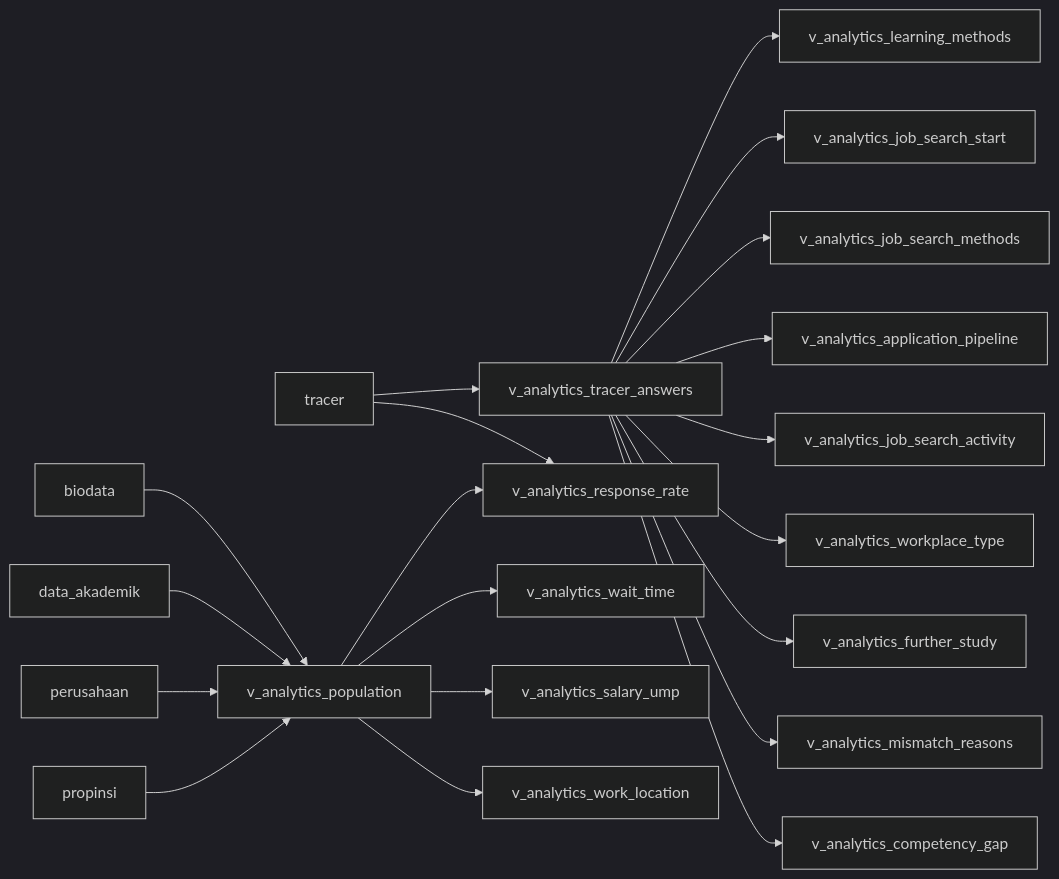
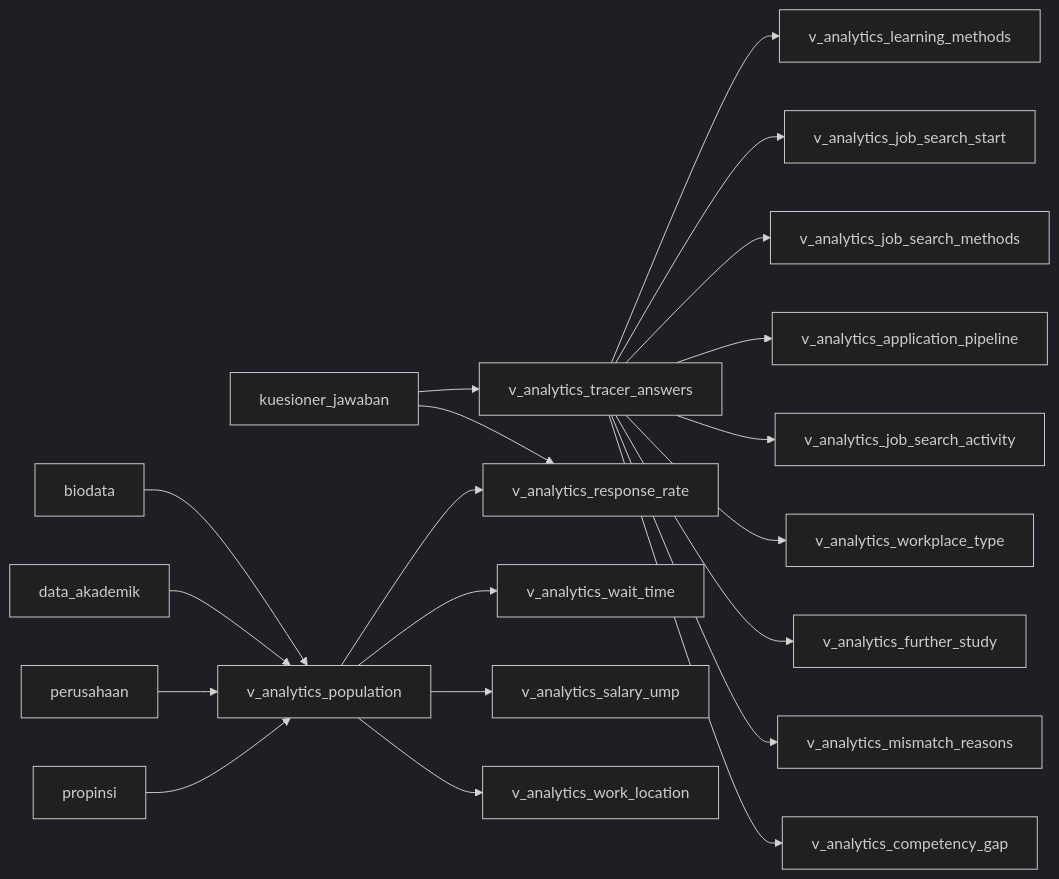
One commit to claraanjelitakd/tugas-akhir changed the seventh of 7 diagrams in ERD.md. Above: the diagram before and after it, drawn with Mermaid (dark theme). The commit also changed other lines of this file and 96 other files, not shown here.

Commit message:
feat: unified survey engine, sync response rate 100%, and simplify account rbac

````diff
--- a/ERD.md
+++ b/ERD.md
@@ -923,22 +756,22 @@
 ```mermaid
 flowchart LR
-    T[tracer] --> A[v_analytics_tracer_answers]
-    T --> RR[v_analytics_response_rate]
+    KJ[kuesioner_jawaban] --> A[v_analytics_tracer_answers]
+    KJ --> RR[v_analytics_response_rate]
     B[biodata] --> P[v_analytics_population]
     D[data_akademik] --> P
     C[perusahaan] --> P
     R[propinsi] --> P
     P --> RR
     P --> W[v_analytics_wait_time]
     P --> S[v_analytics_salary_ump]
     P --> L[v_analytics_work_location]
     A --> Q1[v_analytics_learning_methods]
     A --> Q2[v_analytics_job_search_start]
     A --> Q3[v_analytics_job_search_methods]
     A --> Q4[v_analytics_application_pipeline]
     A --> Q5[v_analytics_job_search_activity]
     A --> Q6[v_analytics_workplace_type]
     A --> Q7[v_analytics_further_study]
     A --> Q8[v_analytics_mismatch_reasons]
     A --> Q9[v_analytics_competency_gap]
 ```
````
